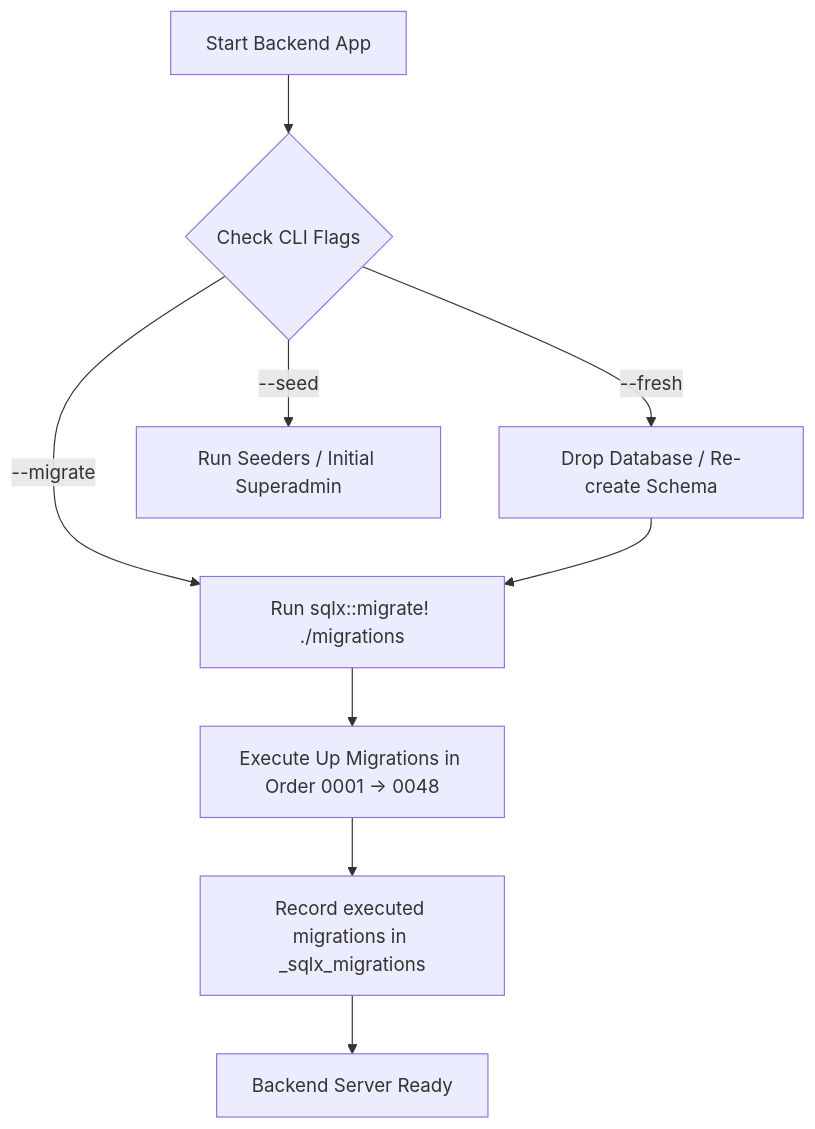
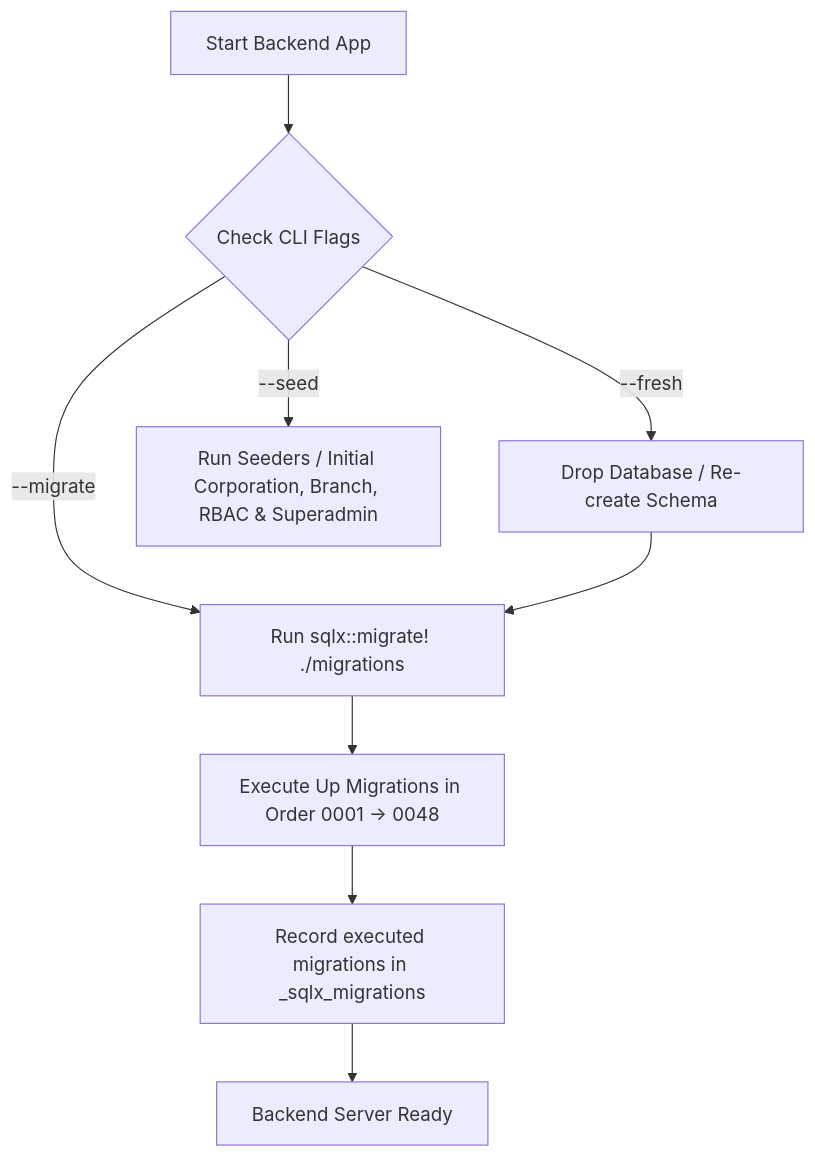
Before and after one commit to YovanggaAnandhika/DKA-Sigma-Digital-Signage-Enterprise: the first of 2 diagrams in docs/DDL.md, drawn with Mermaid. The commit also changed other lines of this file and 154 other files, not shown here.

````diff
--- a/docs/DDL.md
+++ b/docs/DDL.md
@@ -11,11 +11,11 @@
 ```mermaid
 flowchart TD
     A[Start Backend App] --> B{Check CLI Flags}
     B -->|--fresh| C[Drop Database / Re-create Schema]
     B -->|--migrate| D[Run sqlx::migrate! ./migrations]
-    B -->|--seed| E[Run Seeders / Initial Superadmin]
+    B -->|--seed| E[Run Seeders / Initial Corporation, Branch, RBAC & Superadmin]
     C --> D
     D --> F[Execute Up Migrations in Order 0001 -> 0048]
     F --> G[Record executed migrations in _sqlx_migrations]
     G --> H[Backend Server Ready]
 ```
````
